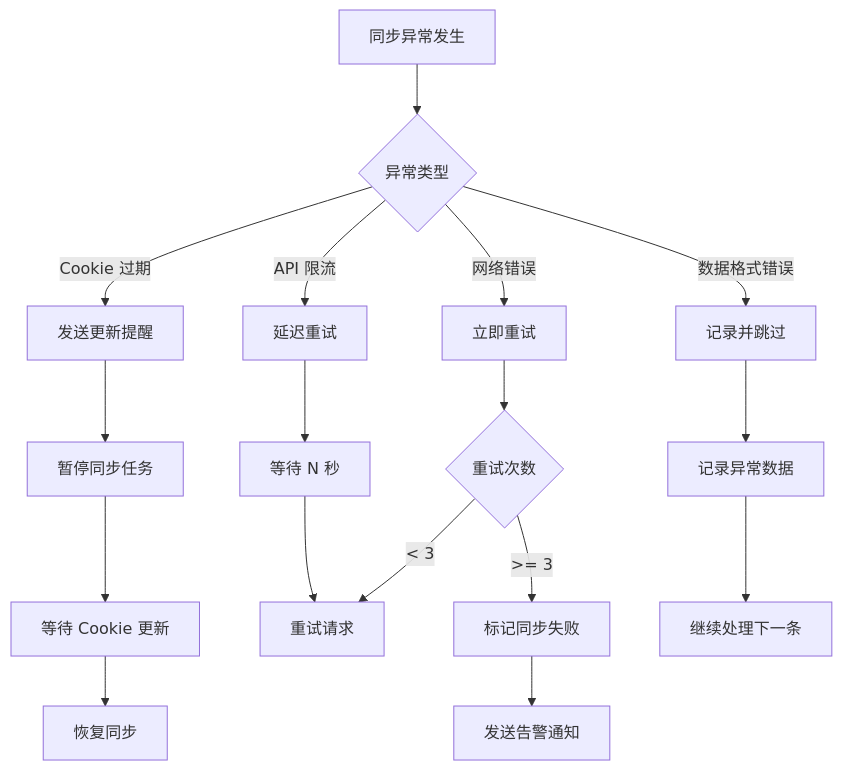
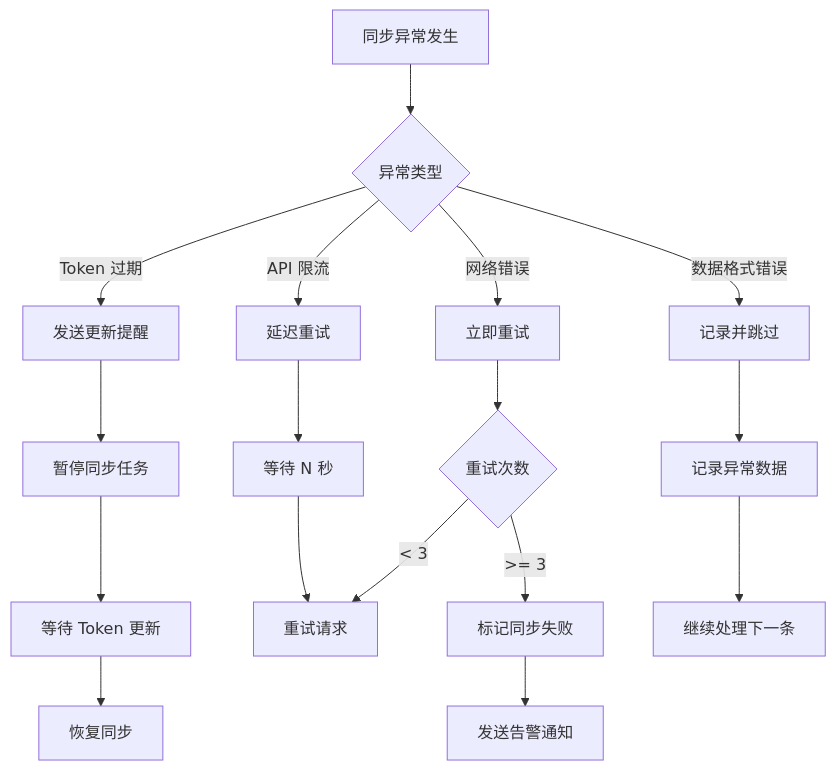
Diagram 11 of 13 in docs/v1/diagrams/业务流程图.md (yiancode/AutoDepositRefundAgent), drawn with Mermaid before and after one commit. The commit also changed 11 other files, not shown here.

````diff
--- a/docs/v1/diagrams/业务流程图.md
+++ b/docs/v1/diagrams/业务流程图.md
@@ -357,25 +357,25 @@
 ```mermaid
 flowchart TD
     A[同步异常发生] --> B{异常类型}
 
-    B -->|Cookie 过期| C[发送更新提醒]
+    B -->|Token 过期| C[发送更新提醒]
     B -->|API 限流| D[延迟重试]
     B -->|网络错误| E[立即重试]
     B -->|数据格式错误| F[记录并跳过]
 
     C --> G[暂停同步任务]
-    G --> H[等待 Cookie 更新]
+    G --> H[等待 Token 更新]
     H --> I[恢复同步]
 
     D --> J[等待 N 秒]
     J --> K[重试请求]
 
     E --> L{重试次数}
     L -->|< 3| K
     L -->|>= 3| M[标记同步失败]
 
     F --> N[记录异常数据]
     N --> O[继续处理下一条]
 
     M --> P[发送告警通知]
 ```
````
